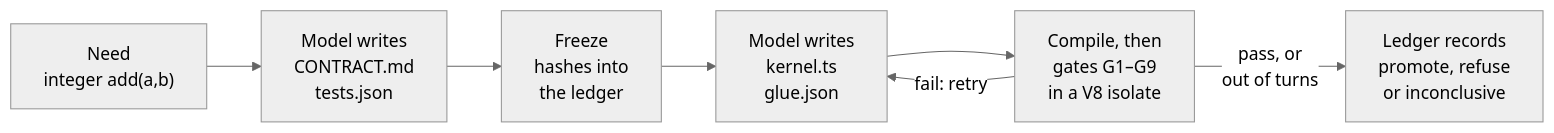
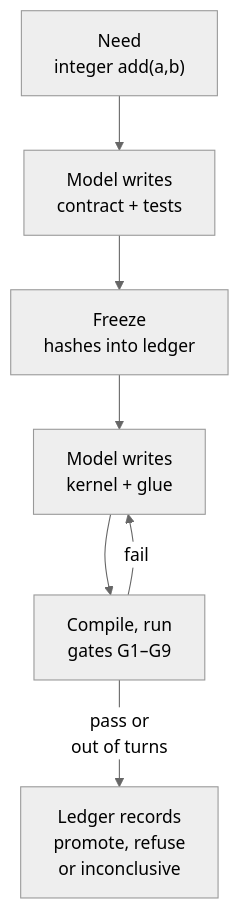
Before and after one commit to Akilleez-QA/endoforge: the diagram in README.md, drawn with Mermaid (neutral theme). The commit also changed 1 other file, not shown here.

Commit message:
Diagrams top-down with short labels so they render legibly on GitHub

````diff
--- a/README.md
+++ b/README.md
@@ -35,9 +35,9 @@
 ```mermaid
-flowchart LR
-  need["Need<br/>integer add(a,b)"] --> spec["Model writes<br/>CONTRACT.md<br/>tests.json"]
-  spec --> freeze["Freeze<br/>hashes into<br/>the ledger"]
-  freeze --> impl["Model writes<br/>kernel.ts<br/>glue.json"]
-  impl --> gates["Compile, then<br/>gates G1–G9<br/>in a V8 isolate"]
-  gates -- "fail: retry" --> impl
-  gates -- "pass, or<br/>out of turns" --> decision["Ledger records<br/>promote, refuse<br/>or inconclusive"]
+flowchart TD
+  need["Need<br/>integer add(a,b)"] --> spec["Model writes<br/>contract + tests"]
+  spec --> freeze["Freeze<br/>hashes into ledger"]
+  freeze --> impl["Model writes<br/>kernel + glue"]
+  impl --> gates["Compile, run<br/>gates G1–G9"]
+  gates -- "fail" --> impl
+  gates -- "pass or<br/>out of turns" --> decision["Ledger records<br/>promote, refuse<br/>or inconclusive"]
 ```
````
